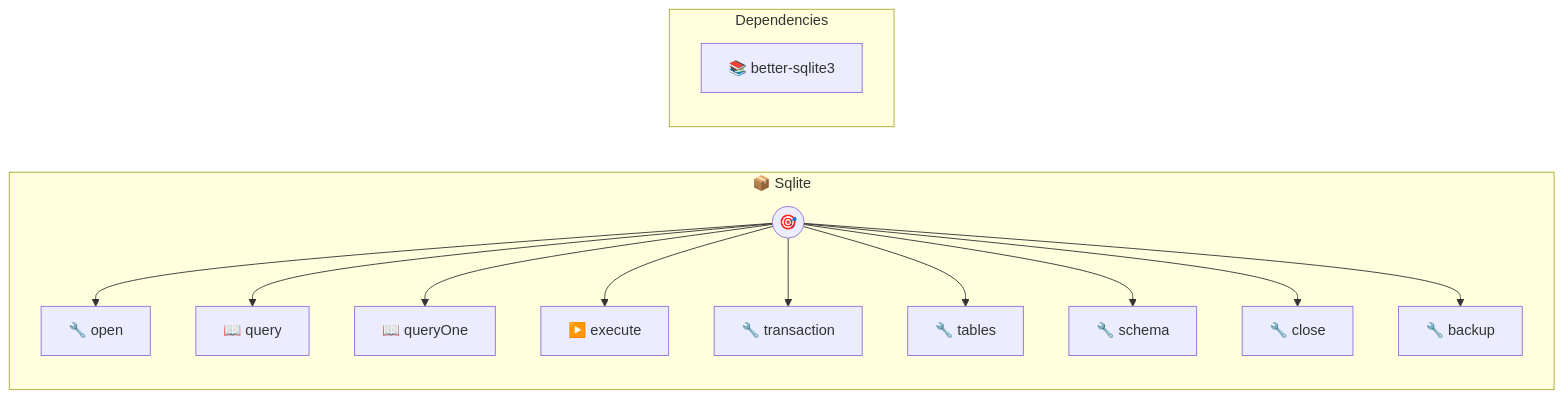
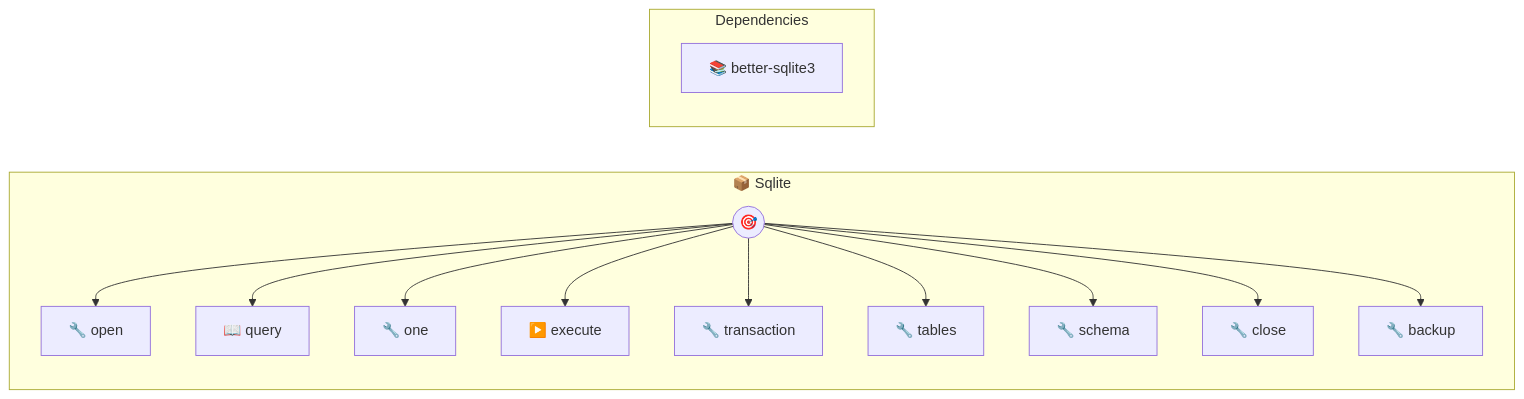
Before and after one commit to portel-dev/photons: the diagram in sqlite.md, drawn with Mermaid. The commit also changed other lines of this file and 20 other files, not shown here.

````diff
--- a/sqlite.md
+++ b/sqlite.md
@@ -164,30 +164,30 @@
 ```mermaid
 flowchart LR
     subgraph sqlite["📦 Sqlite"]
         direction TB
         PHOTON((🎯))
         T0[🔧 open]
         PHOTON --> T0
         T1[📖 query]
         PHOTON --> T1
-        T2[📖 queryOne]
+        T2[🔧 one]
         PHOTON --> T2
         T3[▶️ execute]
         PHOTON --> T3
         T4[🔧 transaction]
         PHOTON --> T4
         T5[🔧 tables]
         PHOTON --> T5
         T6[🔧 schema]
         PHOTON --> T6
         T7[🔧 close]
         PHOTON --> T7
         T8[🔧 backup]
         PHOTON --> T8
     end
 
     subgraph deps["Dependencies"]
         direction TB
         NPM0[📚 better-sqlite3]
     end
 ```
````
